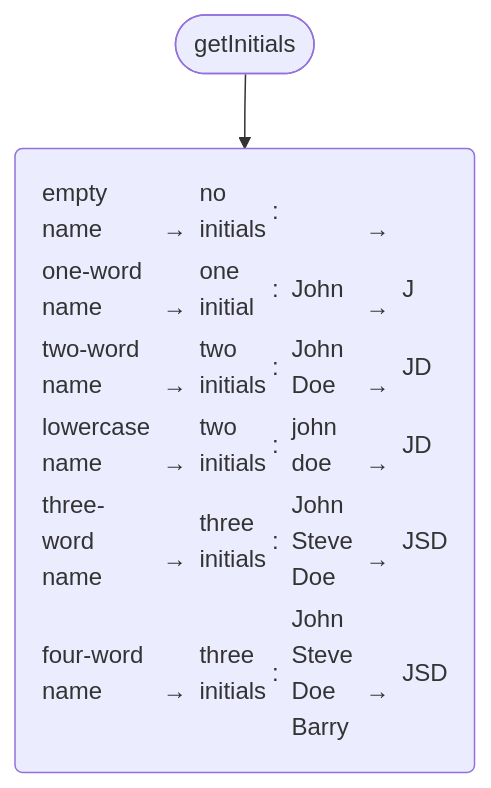
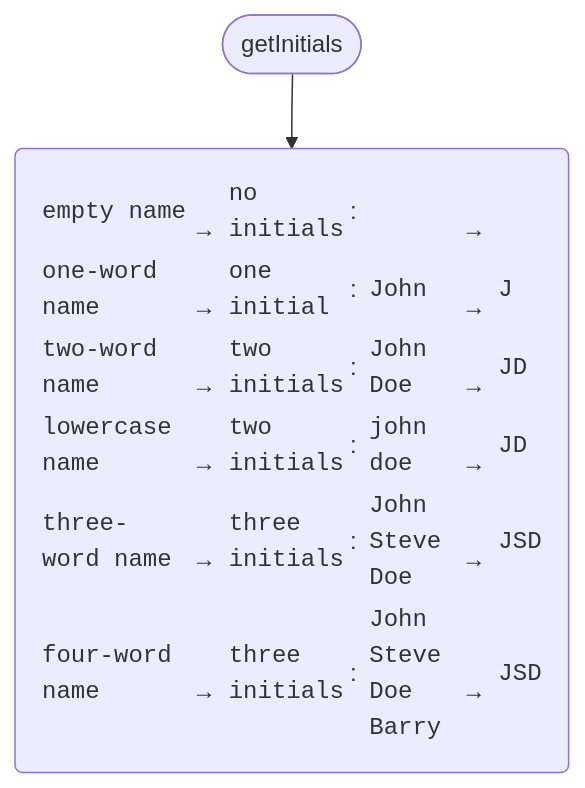
Before and after one commit to arnaudrenaud/speccharts: the third of 3 diagrams in README.md, drawn with Mermaid. The commit also changed 8 other files, not shown here.

Commit message:
Render interpolated table cells with monospace font

````diff
--- a/README.md
+++ b/README.md
@@ -228,6 +228,6 @@
 ```mermaid
 flowchart TD
 N0(["getInitials"])
-N1("<table style='text-align: left;'><tr><td>empty name</td><td> → </td><td>no initials</td><td>: </td><td></td><td> → </td><td></td></tr><tr><td>one-word name</td><td> → </td><td>one initial</td><td>: </td><td>John</td><td> → </td><td>J</td></tr><tr><td>two-word name</td><td> → </td><td>two initials</td><td>: </td><td>John Doe</td><td> → </td><td>JD</td></tr><tr><td>lowercase name</td><td> → </td><td>two initials</td><td>: </td><td>john doe</td><td> → </td><td>JD</td></tr><tr><td>three-word name</td><td> → </td><td>three initials</td><td>: </td><td>John Steve Doe</td><td> → </td><td>JSD</td></tr><tr><td>four-word name</td><td> → </td><td>three initials</td><td>: </td><td>John Steve Doe Barry</td><td> → </td><td>JSD</td></tr></table>")
+N1("<table style='text-align: left;'><tr><td style='font-family: monospace'>empty name</td><td> → </td><td style='font-family: monospace'>no initials</td><td>: </td><td style='font-family: monospace'></td><td> → </td><td style='font-family: monospace'></td></tr><tr><td style='font-family: monospace'>one-word name</td><td> → </td><td style='font-family: monospace'>one initial</td><td>: </td><td style='font-family: monospace'>John</td><td> → </td><td style='font-family: monospace'>J</td></tr><tr><td style='font-family: monospace'>two-word name</td><td> → </td><td style='font-family: monospace'>two initials</td><td>: </td><td style='font-family: monospace'>John Doe</td><td> → </td><td style='font-family: monospace'>JD</td></tr><tr><td style='font-family: monospace'>lowercase name</td><td> → </td><td style='font-family: monospace'>two initials</td><td>: </td><td style='font-family: monospace'>john doe</td><td> → </td><td style='font-family: monospace'>JD</td></tr><tr><td style='font-family: monospace'>three-word name</td><td> → </td><td style='font-family: monospace'>three initials</td><td>: </td><td style='font-family: monospace'>John Steve Doe</td><td> → </td><td style='font-family: monospace'>JSD</td></tr><tr><td style='font-family: monospace'>four-word name</td><td> → </td><td style='font-family: monospace'>three initials</td><td>: </td><td style='font-family: monospace'>John Steve Doe Barry</td><td> → </td><td style='font-family: monospace'>JSD</td></tr></table>")
 N0 --> N1
 ```
````
